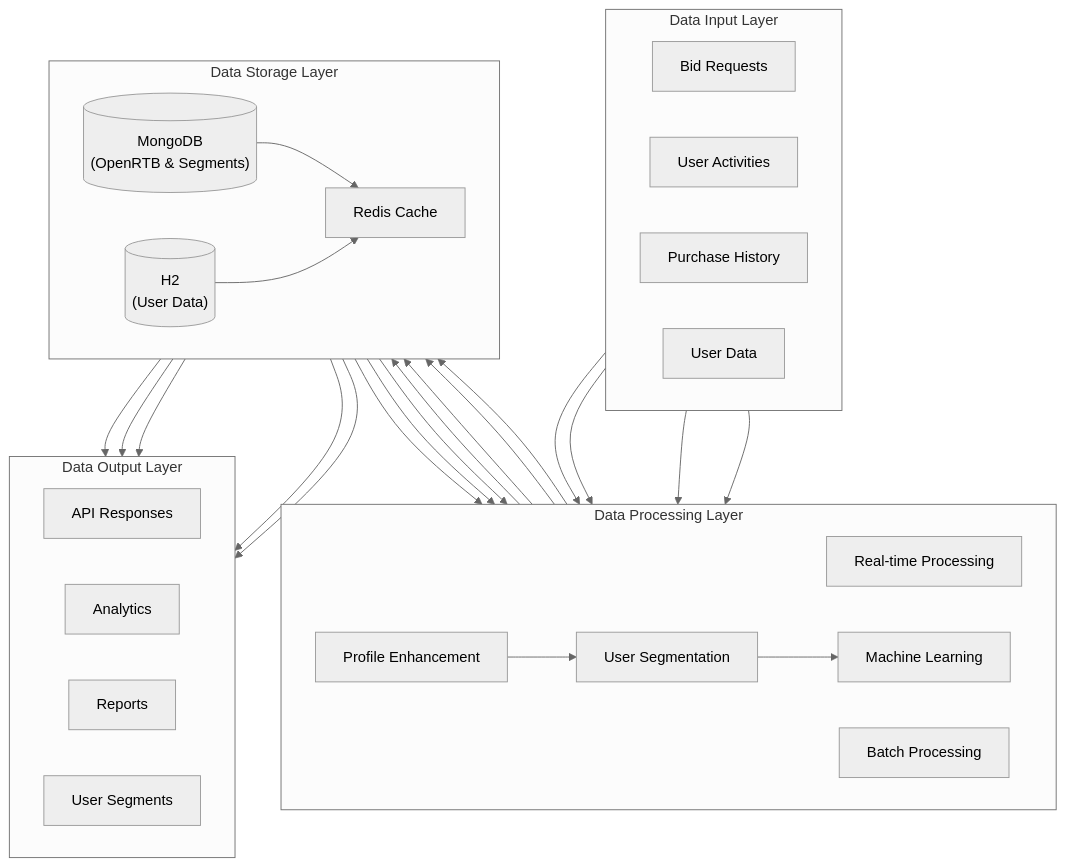
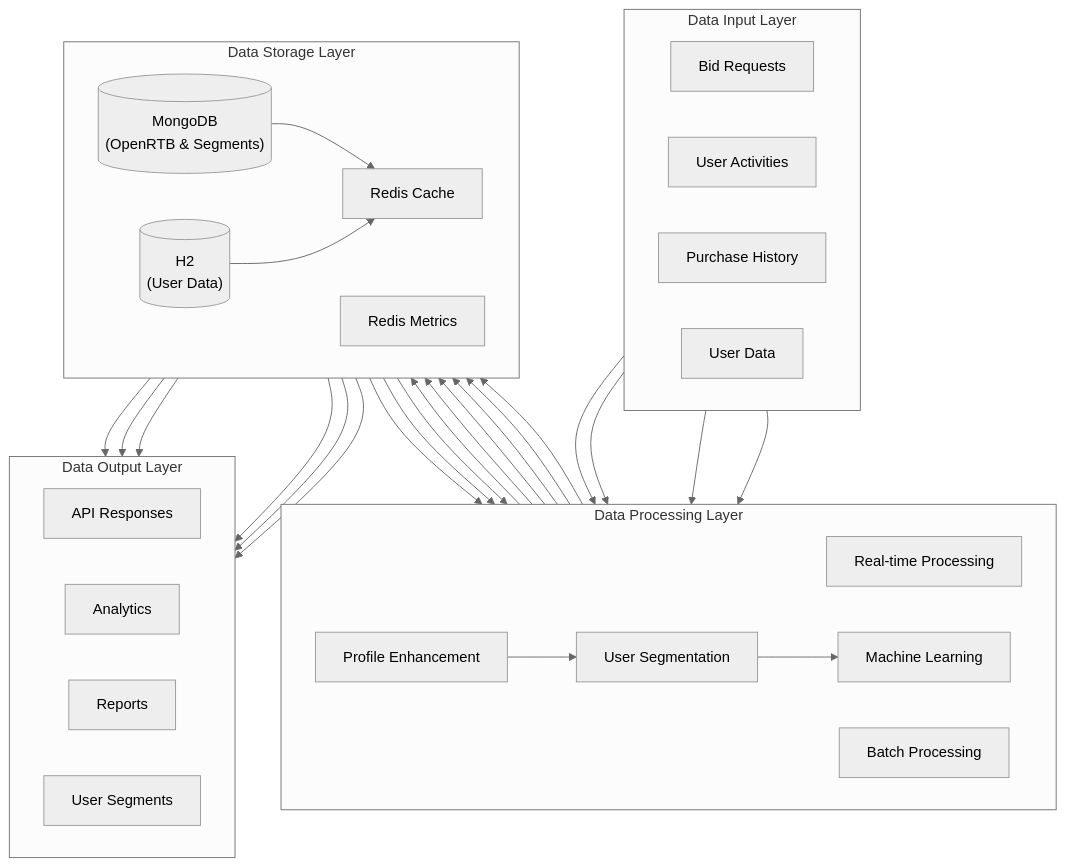
One commit to songfei1983/play-spring-boot-api changed the third of 4 diagrams in architecture-diagram.md. Above: the diagram before and after it, drawn with Mermaid (neutral theme). The commit also changed other lines of this file, not shown here.

````diff
--- a/architecture-diagram.md
+++ b/architecture-diagram.md
@@ -323,69 +344,73 @@
 ```mermaid
 flowchart TD
     %% 数据输入层
     subgraph "Data Input Layer"
         direction LR
         BR["Bid Requests"]
         UA["User Activities"]
         PH["Purchase History"]
         UD["User Data"]
     end
     
     %% 数据处理层
     subgraph "Data Processing Layer"
         direction LR
         RT["Real-time Processing"]
         BATCH["Batch Processing"]
         ML["Machine Learning"]
         SEGMENT["User Segmentation"]
         PROFILE["Profile Enhancement"]
     end
     
     %% 数据存储层
     subgraph "Data Storage Layer"
         direction LR
         MONGO_RT[("MongoDB\n(OpenRTB & Segments)")]
         H2_USER[("H2\n(User Data)")]
-        CACHE["Redis Cache"]
+        REDIS_CACHE["Redis Cache"]
+        REDIS_METRICS["Redis Metrics"]
     end
     
     %% 数据输出层
     subgraph "Data Output Layer"
         direction LR
         API_RESP["API Responses"]
         ANALYTICS["Analytics"]
         REPORTS["Reports"]
         SEGMENTS["User Segments"]
     end
     
     %% 数据流向
     BR --> RT
     UA --> BATCH
     PH --> BATCH
     UD --> PROFILE
     
     RT --> MONGO_RT
     BATCH --> H2_USER
     PROFILE --> SEGMENT
     SEGMENT --> MONGO_RT
     
     %% H2到MongoDB的数据转存流程
     H2_USER --> PROFILE
     
     %% 缓存层连接
-    MONGO_RT --> CACHE
-    H2_USER --> CACHE
+    MONGO_RT --> REDIS_CACHE
+    H2_USER --> REDIS_CACHE
+    RT --> REDIS_METRICS
     
     %% 输出层连接
-    CACHE --> API_RESP
+    REDIS_CACHE --> API_RESP
+    REDIS_METRICS --> API_RESP
     MONGO_RT --> API_RESP
     H2_USER --> ANALYTICS
     H2_USER --> REPORTS
     MONGO_RT --> SEGMENTS
     
     %% 机器学习连接
-    ML --> CACHE
+    ML --> REDIS_CACHE
+    ML --> REDIS_METRICS
     MONGO_RT --> ML
     H2_USER --> ML
     SEGMENT --> ML
 ```
````
